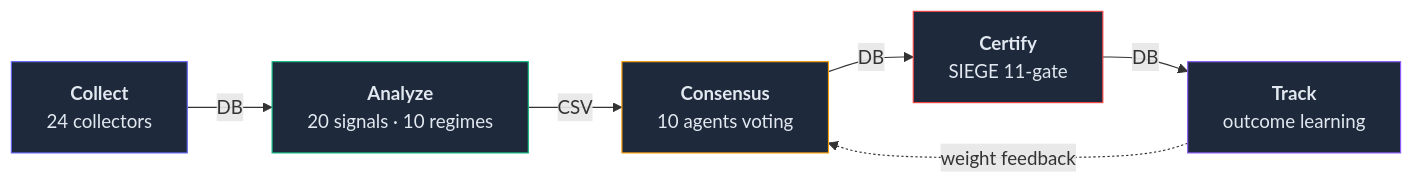
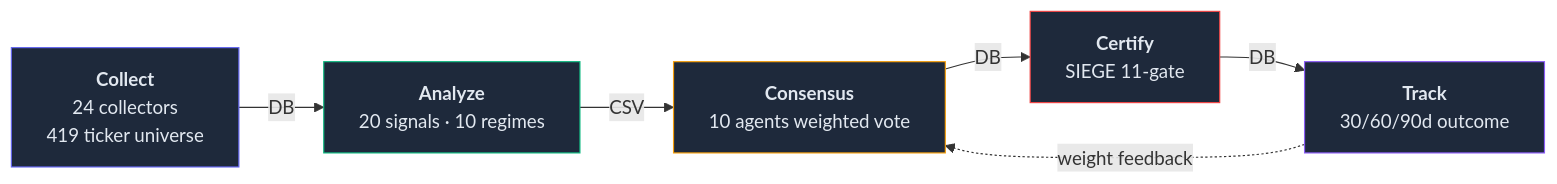
One commit to researcherhojin/nuri-quant changed the diagram in README.md. Above: the diagram before and after it, drawn with Mermaid. The commit also changed other lines of this file and 2 other files, not shown here.

````diff
--- a/README.md
+++ b/README.md
@@ -17,17 +17,17 @@
 ```mermaid
 flowchart LR
-    A["<b>Collect</b><br/>24 collectors"]
+    A["<b>Collect</b><br/>24 collectors<br/>419 ticker universe"]
     B["<b>Analyze</b><br/>20 signals · 10 regimes"]
-    C["<b>Consensus</b><br/>10 agents voting"]
+    C["<b>Consensus</b><br/>10 agents weighted vote"]
     D["<b>Certify</b><br/>SIEGE 11-gate"]
-    E["<b>Track</b><br/>outcome learning"]
+    E["<b>Track</b><br/>30/60/90d outcome"]
 
     A -- DB --> B -- CSV --> C -- DB --> D -- DB --> E
     E -. "weight feedback" .-> C
 
     style A fill:#1e293b,stroke:#6366f1,color:#e2e8f0
     style B fill:#1e293b,stroke:#10b981,color:#e2e8f0
     style C fill:#1e293b,stroke:#f59e0b,color:#e2e8f0
     style D fill:#1e293b,stroke:#ef4444,color:#e2e8f0
     style E fill:#1e293b,stroke:#8b5cf6,color:#e2e8f0
 ```
````
